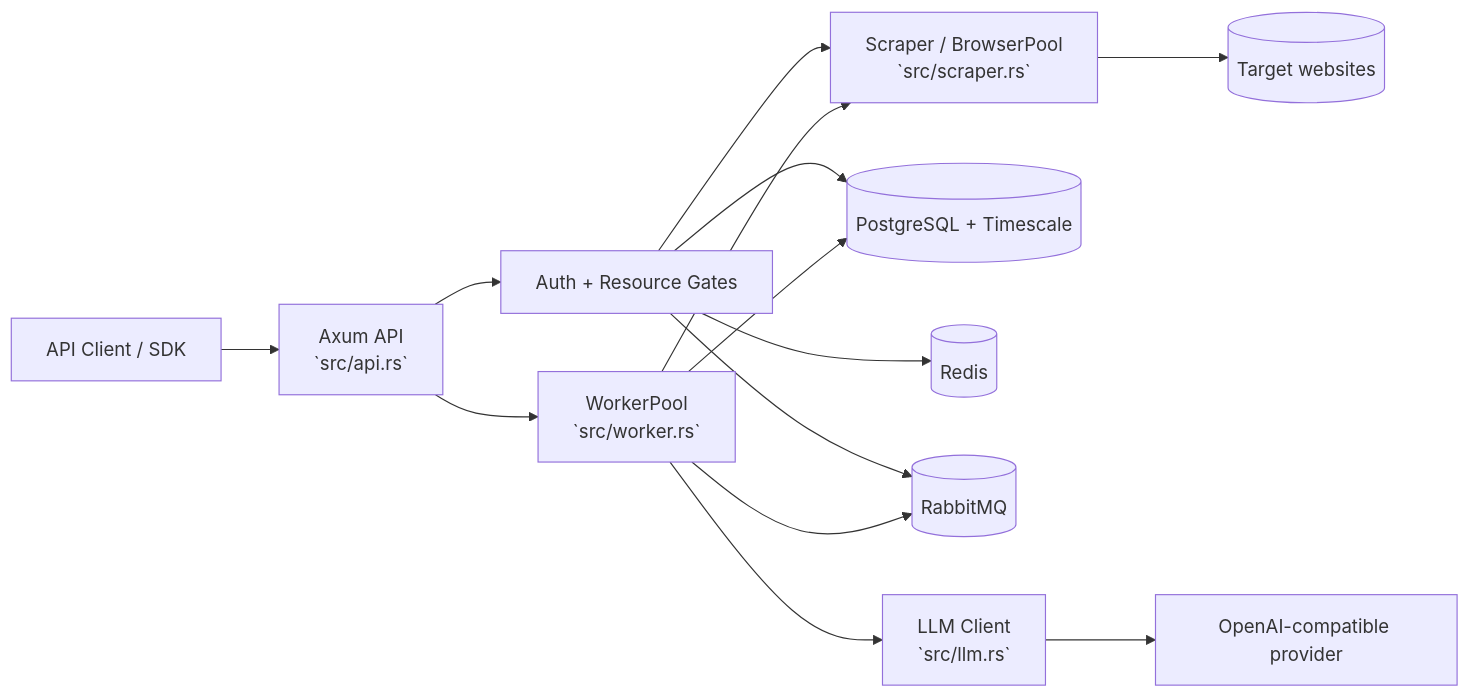
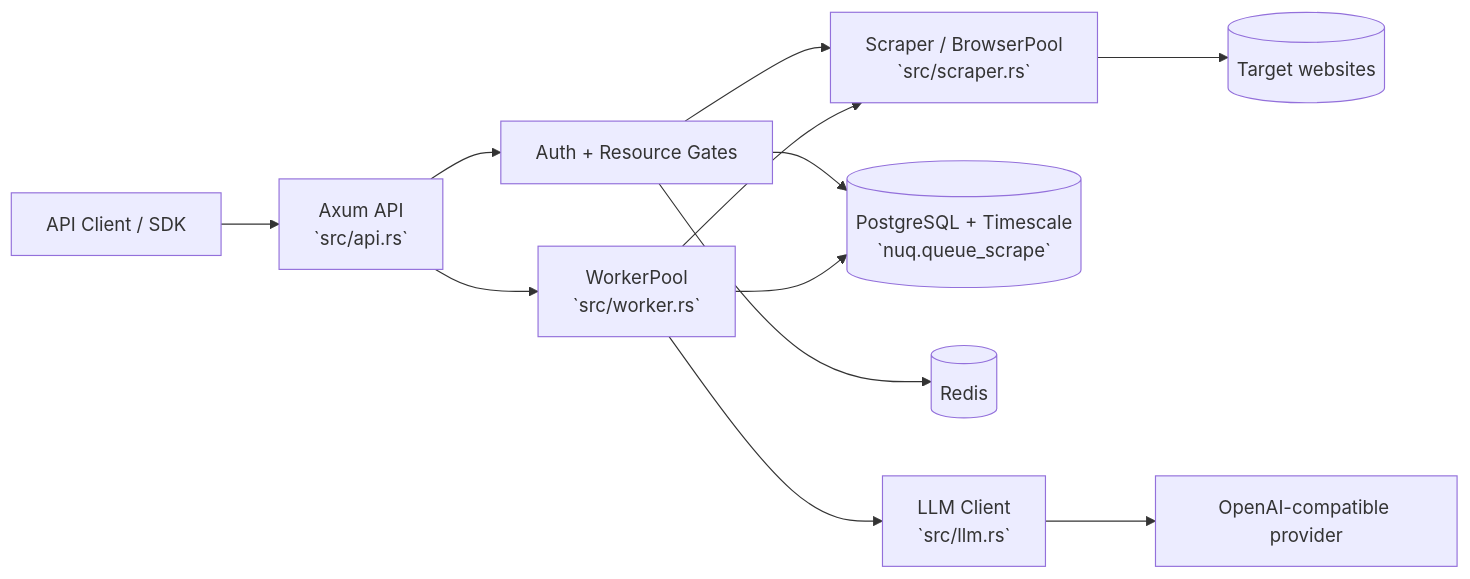
One commit to cipher-rc5/fire_ctrl changed the diagram in README.md. Above: the diagram before and after it, drawn with Mermaid. The commit also changed other lines of this file and 15 other files, not shown here.

First line of the commit message:
refactor: remove RabbitMQ + reconcile architecture docs with Postgres-queue reality

````diff
--- a/README.md
+++ b/README.md
@@ -19,16 +19,14 @@
 ```mermaid
 flowchart LR
     Client[API Client / SDK] --> API[Axum API<br/>`src/api.rs`]
     API --> Gate[Auth + Resource Gates]
     Gate --> Scraper[Scraper / BrowserPool<br/>`src/scraper.rs`]
-    Gate --> DB[(PostgreSQL + Timescale)]
+    Gate --> DB[(PostgreSQL + Timescale<br/>`nuq.queue_scrape`)]
     Gate --> Redis[(Redis)]
-    Gate --> MQ[(RabbitMQ)]
     API --> Worker[WorkerPool<br/>`src/worker.rs`]
     Worker --> DB
-    Worker --> MQ
     Worker --> Scraper
     Scraper --> Web[(Target websites)]
     Worker --> LLM[LLM Client<br/>`src/llm.rs`]
     LLM --> Provider[OpenAI-compatible provider]
 ```
````
